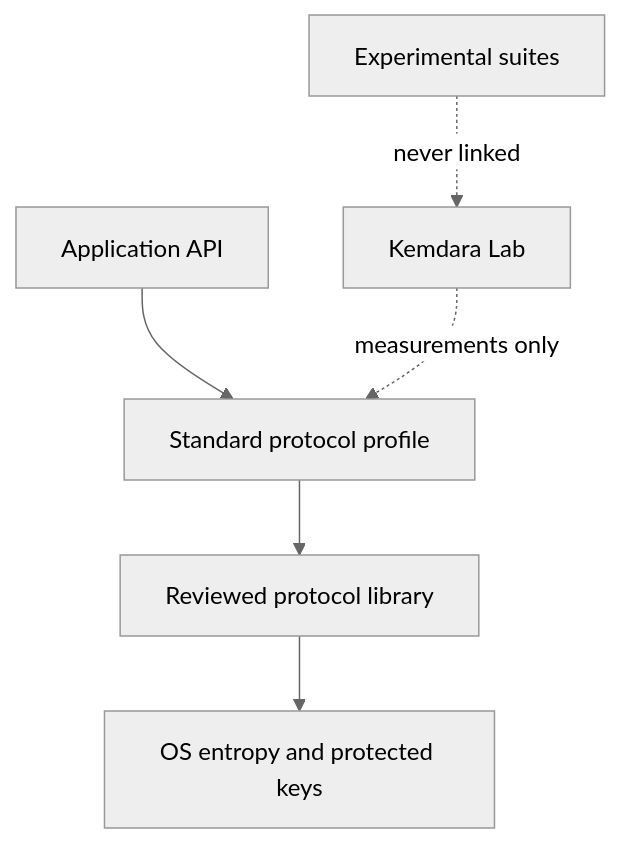
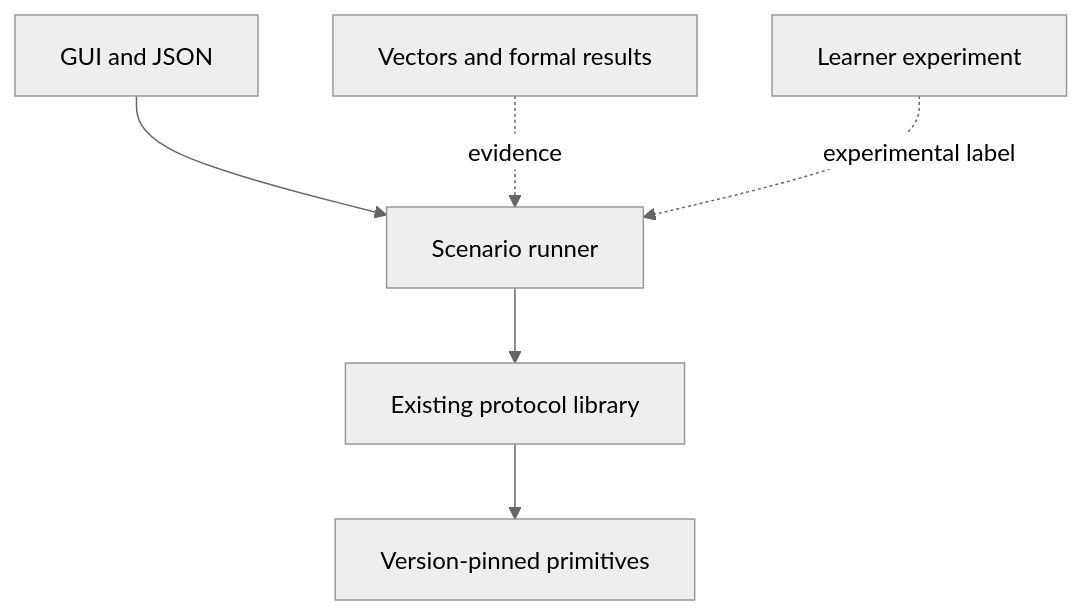
Before and after one commit to lewisjohnvillamor/Kemdara: the diagram in docs/PRODUCTION_PROTOCOL.md, drawn with Mermaid (neutral theme). The commit also changed other lines of this file and 11 other files, not shown here.

````diff
--- a/docs/PRODUCTION_PROTOCOL.md
+++ b/docs/PRODUCTION_PROTOCOL.md
@@ -18,8 +25,8 @@
 ```mermaid
 flowchart TD
-    App["Application API"] --> Protocol["Standard protocol profile"]
-    Protocol --> Provider["Reviewed protocol library"]
-    Provider --> OS["OS entropy and protected keys"]
-    Lab["Kemdara Lab"] -. measurements only .-> Protocol
-    Experiments["Experimental suites"] -. never linked .-> Lab
+    GUI["GUI and JSON"] --> Runner["Scenario runner"]
+    Runner --> Protocol["Existing protocol library"]
+    Protocol --> Primitives["Version-pinned primitives"]
+    Vectors["Vectors and formal results"] -. evidence .-> Runner
+    Custom["Learner experiment"] -. experimental label .-> Runner
 ```
````
